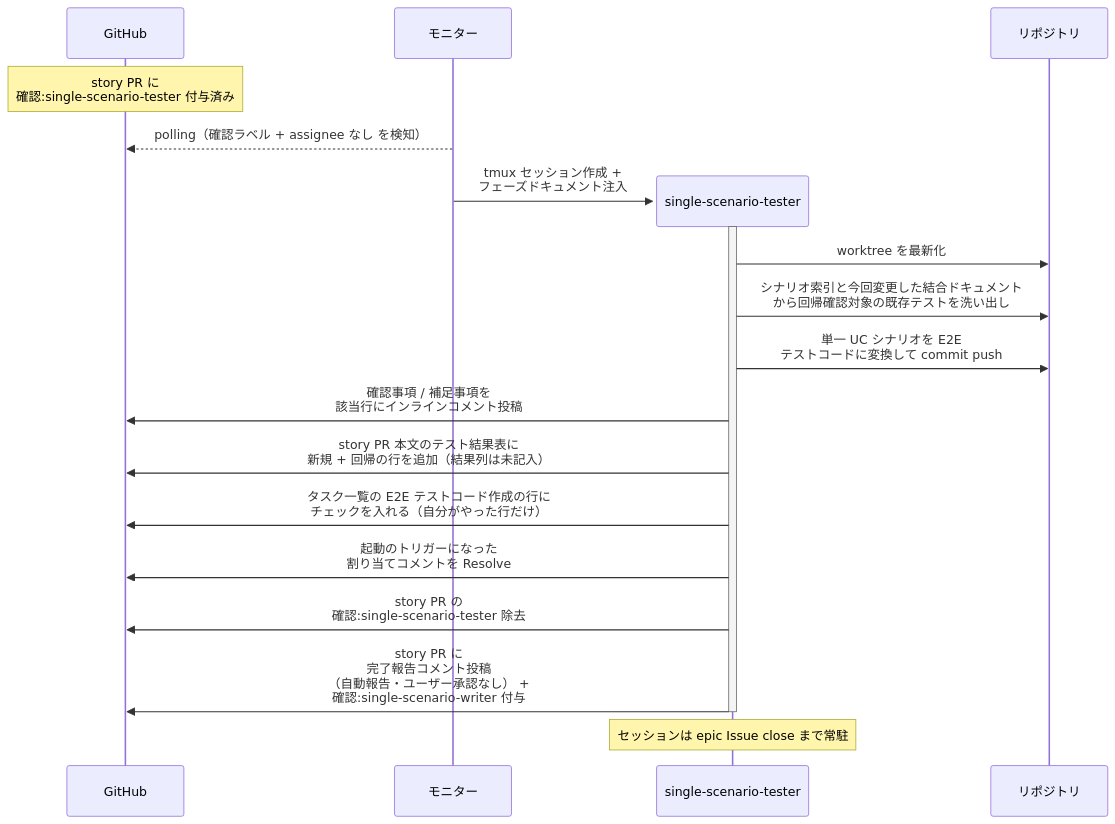
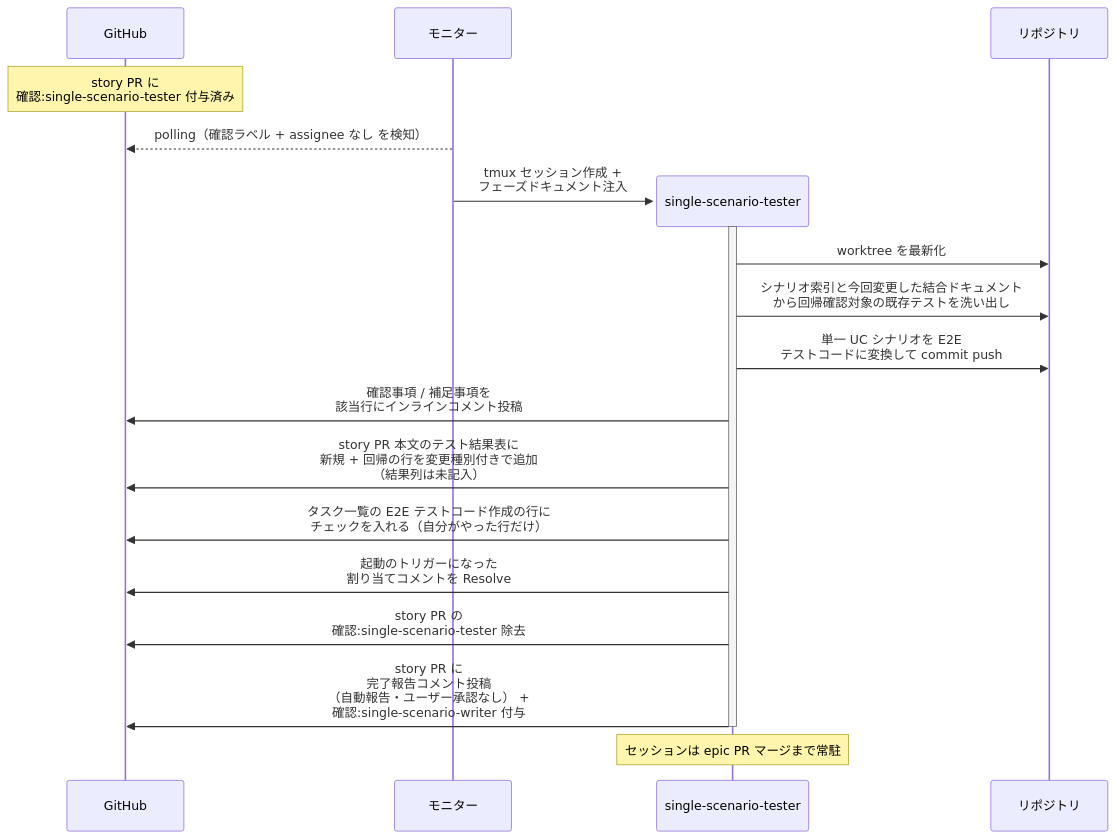
The first of 2 diagrams in docs/wiki/設計図/シナリオ/単一ユースケース/統合テスト実装.md (shuhei1101/ai-monitor), drawn with Mermaid before and after one commit. The commit also changed other lines of this file and 256 other files, not shown here.

````diff
--- a/docs/wiki/設計図/シナリオ/単一ユースケース/統合テスト実装.md
+++ b/docs/wiki/設計図/シナリオ/単一ユースケース/統合テスト実装.md
@@ -38,23 +38,23 @@
 ```mermaid
 sequenceDiagram
   participant GH as GitHub
   participant ORC as モニター
 
   Note over GH: story PR に<br>確認:single-scenario-tester 付与済み
   ORC-->>GH: polling（確認ラベル + assignee なし を検知）
   create participant MON as single-scenario-tester
   ORC->>MON: tmux セッション作成 +<br>フェーズドキュメント注入
   participant REPO as リポジトリ
   activate MON
   MON->>REPO: worktree を最新化
   MON->>REPO: シナリオ索引と今回変更した結合ドキュメント<br>から回帰確認対象の既存テストを洗い出し
   MON->>REPO: 単一 UC シナリオを E2E<br>テストコードに変換して commit push
   MON->>GH: 確認事項 / 補足事項を<br>該当行にインラインコメント投稿
-  MON->>GH: story PR 本文のテスト結果表に<br>新規 + 回帰の行を追加（結果列は未記入）
+  MON->>GH: story PR 本文のテスト結果表に<br>新規 + 回帰の行を変更種別付きで追加<br>（結果列は未記入）
   MON->>GH: タスク一覧の E2E テストコード作成の行に<br>チェックを入れる（自分がやった行だけ）
   MON->>GH: 起動のトリガーになった<br>割り当てコメントを Resolve
   MON->>GH: story PR の<br>確認:single-scenario-tester 除去
   MON->>GH: story PR に<br>完了報告コメント投稿<br>（自動報告・ユーザー承認なし） +<br>確認:single-scenario-writer 付与
   deactivate MON
-  Note over MON: セッションは epic Issue close まで常駐
+  Note over MON: セッションは epic PR マージまで常駐
 ```
````
